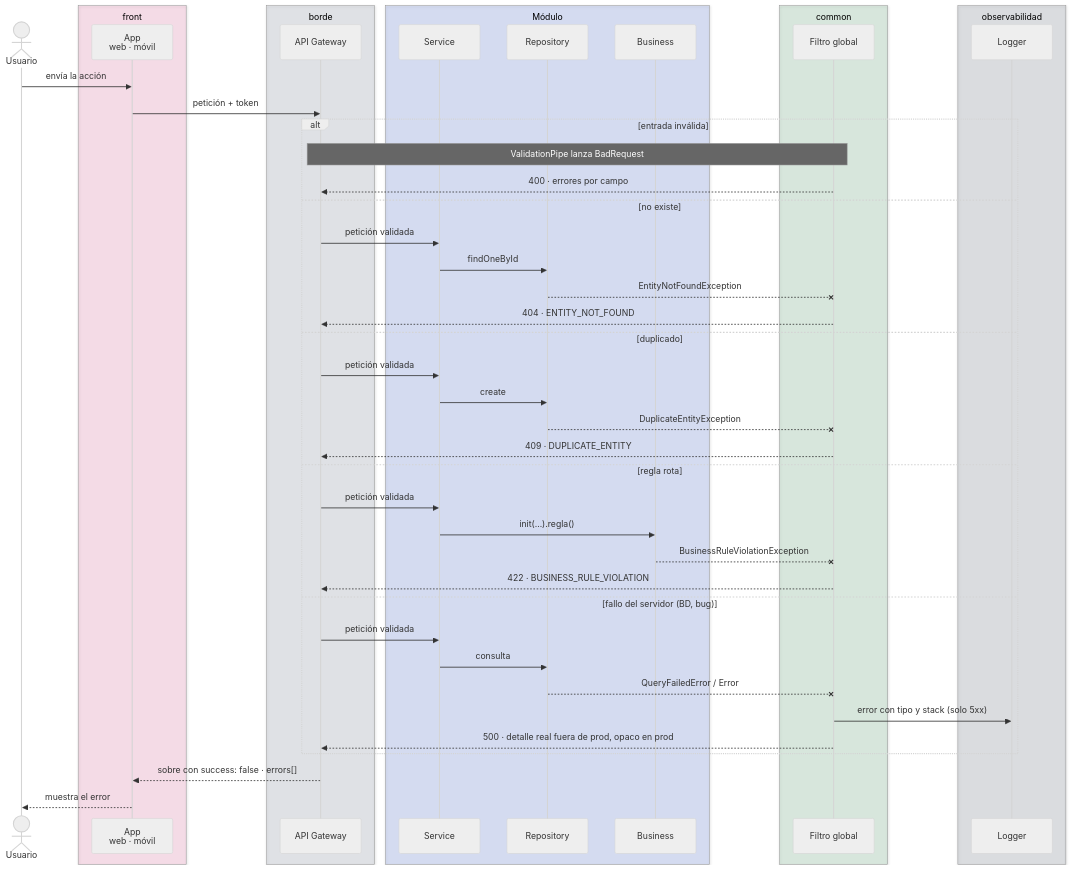
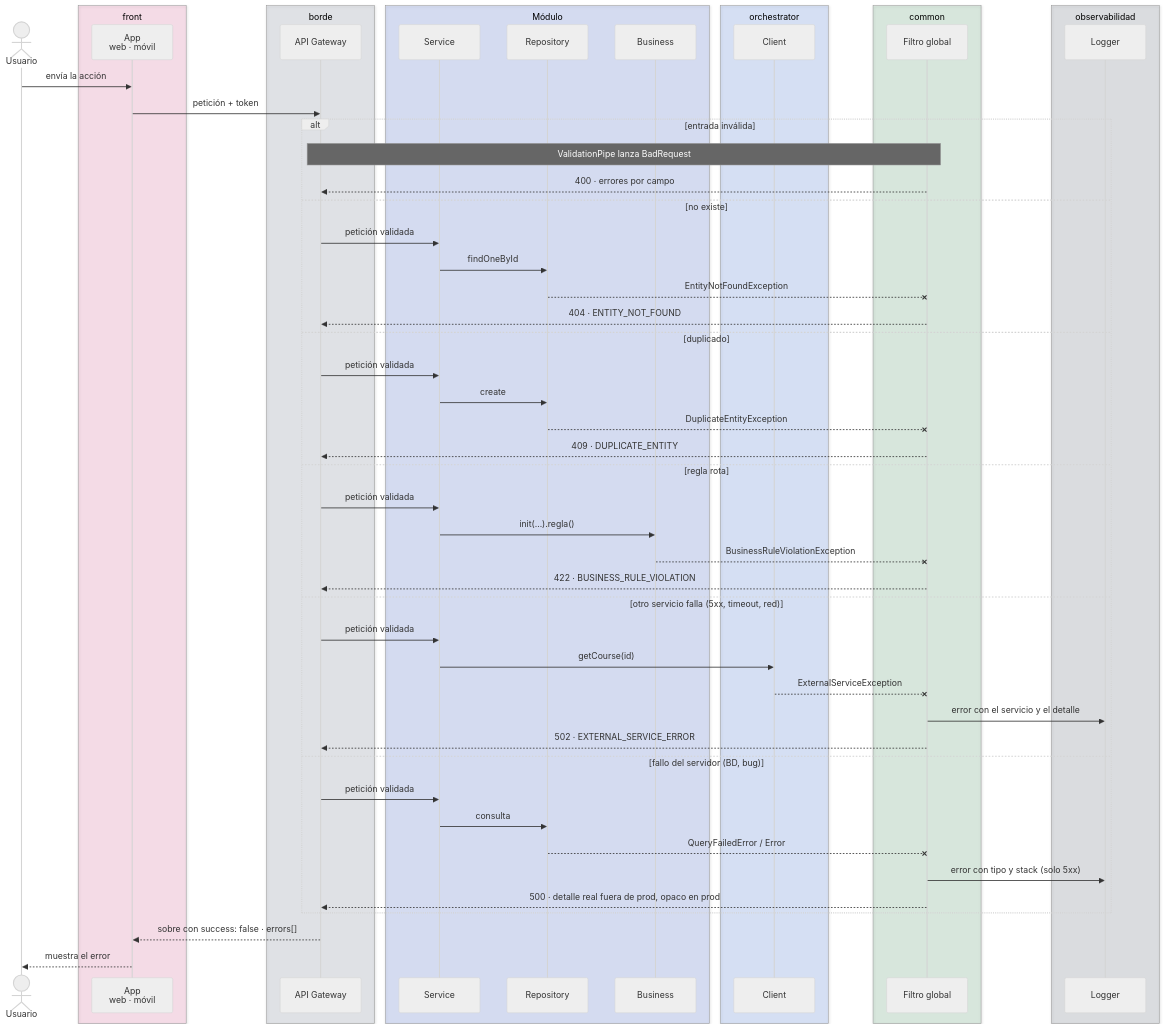
Before and after one commit to pcarroza91/nest-template: the ninth of 14 diagrams in docs/architecture/guidelines.md, drawn with Mermaid (neutral theme). The commit also changed other lines of this file and 1 other file, not shown here.

First line of the commit message:
docs(architecture): define el orchestrator para la comunicación con otros servicios

````diff
--- a/docs/architecture/guidelines.md
+++ b/docs/architecture/guidelines.md
@@ -550,51 +564,60 @@
 ```mermaid
 sequenceDiagram
     actor U as Usuario
     box rgba(225,29,116,0.12) front
         participant FE as App<br/>web · móvil
     end
     box rgba(100,116,139,0.15) borde
         participant GW as API Gateway
     end
     box rgba(29,78,216,0.15) Módulo
         participant S as Service
         participant R as Repository
         participant B as Business
+    end
+    box rgba(37,99,235,0.15) orchestrator
+        participant O as Client
     end
     box rgba(47,146,84,0.15) common
         participant F as Filtro global
     end
     box rgba(71,85,105,0.15) observabilidad
         participant L as Logger
     end
 
     U->>FE: envía la acción
     FE->>GW: petición + token
     alt entrada inválida
         Note over GW,F: ValidationPipe lanza BadRequest
         F-->>GW: 400 · errores por campo
     else no existe
         GW->>S: petición validada
         S->>R: findOneById
         R--xF: EntityNotFoundException
         F-->>GW: 404 · ENTITY_NOT_FOUND
     else duplicado
         GW->>S: petición validada
         S->>R: create
         R--xF: DuplicateEntityException
         F-->>GW: 409 · DUPLICATE_ENTITY
     else regla rota
         GW->>S: petición validada
         S->>B: init(…).regla()
         B--xF: BusinessRuleViolationException
         F-->>GW: 422 · BUSINESS_RULE_VIOLATION
+    else otro servicio falla (5xx, timeout, red)
+        GW->>S: petición validada
+        S->>O: getCourse(id)
+        O--xF: ExternalServiceException
+        F->>L: error con el servicio y el detalle
+        F-->>GW: 502 · EXTERNAL_SERVICE_ERROR
     else fallo del servidor (BD, bug)
         GW->>S: petición validada
         S->>R: consulta
         R--xF: QueryFailedError / Error
         F->>L: error con tipo y stack (solo 5xx)
         F-->>GW: 500 · detalle real fuera de prod, opaco en prod
     end
     GW-->>FE: sobre con success: false · errors[]
     FE-->>U: muestra el error
 ```
````
